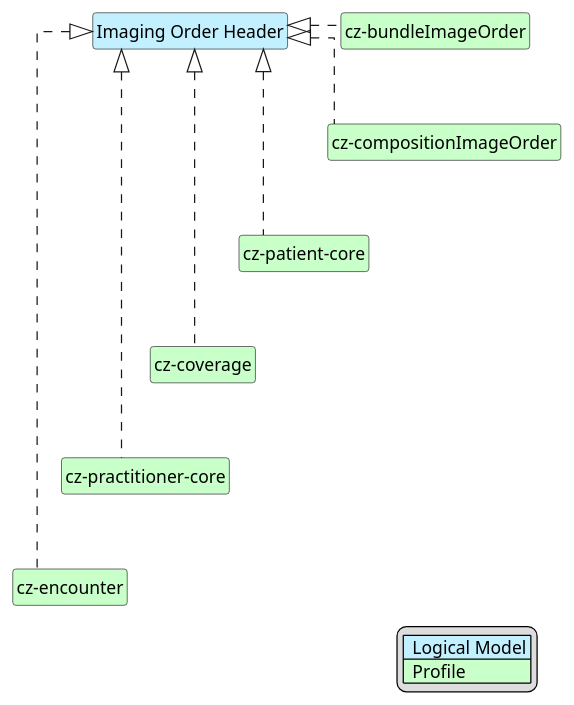
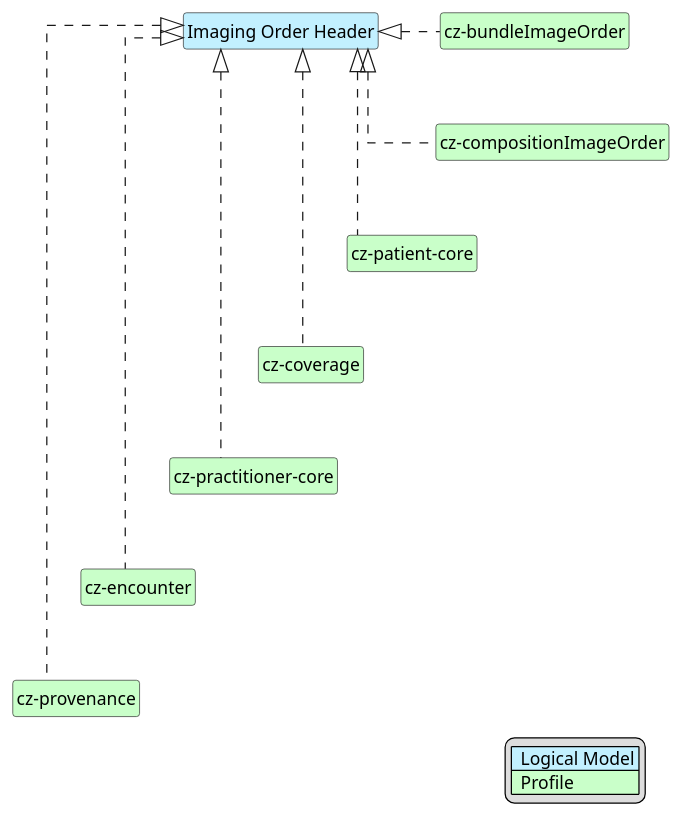
Before and after one commit to HL7-cz/img-order: the diagram in input/images-source/imgOrderHead-map.plantuml, drawn with PlantUML. The commit also changed 4 other files, not shown here.

```diff
--- a/input/images-source/imgOrderHead-map.plantuml
+++ b/input/images-source/imgOrderHead-map.plantuml
@@ -1,44 +1,47 @@
 @startuml
 hide circle
 hide stereotype
 hide members
 hide methods
 skinparam linetype ortho
 skinparam class {
 BackgroundColor<<LogicalModel>> #APPLICATION
 BackgroundColor<<Profile>> #TECHNOLOGY
 }
 legend right
 | <#APPLICATION>  Logical Model |
 | <#TECHNOLOGY>  Profile |
 endlegend
 class "Imaging Order Header" <<LogicalModel>> [[StructureDefinition-HeaderImagingOrder.html]]
 
 /'
 class "Additional Recipient" <<LogicalModel>> [[StructureDefinition-AdditionalRecipientCz.html]]
 class "Author" <<LogicalModel>> [[StructureDefinition-AuthorCz.html]]
 class "Information about coverage" <<LogicalModel>> [[StructureDefinition-CoverageOrderCz.html]]
 class "Document metadata" <<LogicalModel>> [[StructureDefinition-DocumentMetadataCz.html]]
 class "Health insurance and payment information" <<LogicalModel>> [[StructureDefinition-PayerCz.html]]
 class "Requested Performer" <<LogicalModel>> [[StructureDefinition-RequestedPerformerCz.html]]
 class "Identification" <<LogicalModel>> [[StructureDefinition-SubjectCz.html]]
 class "Related contact information of the Patient/subject" <<LogicalModel>> [[StructureDefinition-SubjectCz.html]]
 '/
 class "cz-encounter" <<Profile>> [[https://hl7.cz/fhir/core/StructureDefinition-cz-encounter.html]]
 class "cz-coverage" <<Profile>> [[https://hl7.cz/fhir/core/StructureDefinition-cz-coverage.html]]
 class "cz-patient-core" <<Profile>> [[https://hl7.cz/fhir/core/StructureDefinition-cz-patient-core.html]]
 class "cz-practitioner-core" <<Profile>> [[https://hl7.cz/fhir/core/StructureDefinition-cz-practitioner-core.html]]
 class "cz-bundleImageOrder" <<Profile>> [[StructureDefinition-cz-bundleImageOrder.html]]
+class "cz-provenance" <<Profile>> [[https://hl7.cz/fhir/core/StructureDefinition-cz-provenance.html]]
 class "cz-compositionImageOrder" <<Profile>> [[StructureDefinition-cz-compositionImageOrder.html]]
 "Imaging Order Header" <|. "cz-compositionImageOrder"
 "Imaging Order Header" <|. "cz-bundleImageOrder"
+"Imaging Order Header" <|. "cz-provenance"
 "Imaging Order Header" <|. "cz-patient-core"
 "Imaging Order Header" <|. "cz-coverage"
 "Imaging Order Header" <|. "cz-practitioner-core"
 "Imaging Order Header" <|. "cz-encounter"
 "cz-bundleImageOrder" -d[hidden]-> "cz-compositionImageOrder"
 "cz-compositionImageOrder" -d[hidden]-> "cz-patient-core"
 "cz-patient-core" -d[hidden]-> "cz-coverage"
 "cz-coverage" -d[hidden]-> "cz-practitioner-core"
 "cz-practitioner-core" -d[hidden]-> "cz-encounter"
+"cz-encounter" -d[hidden]-> "cz-provenance"
 @enduml
```
